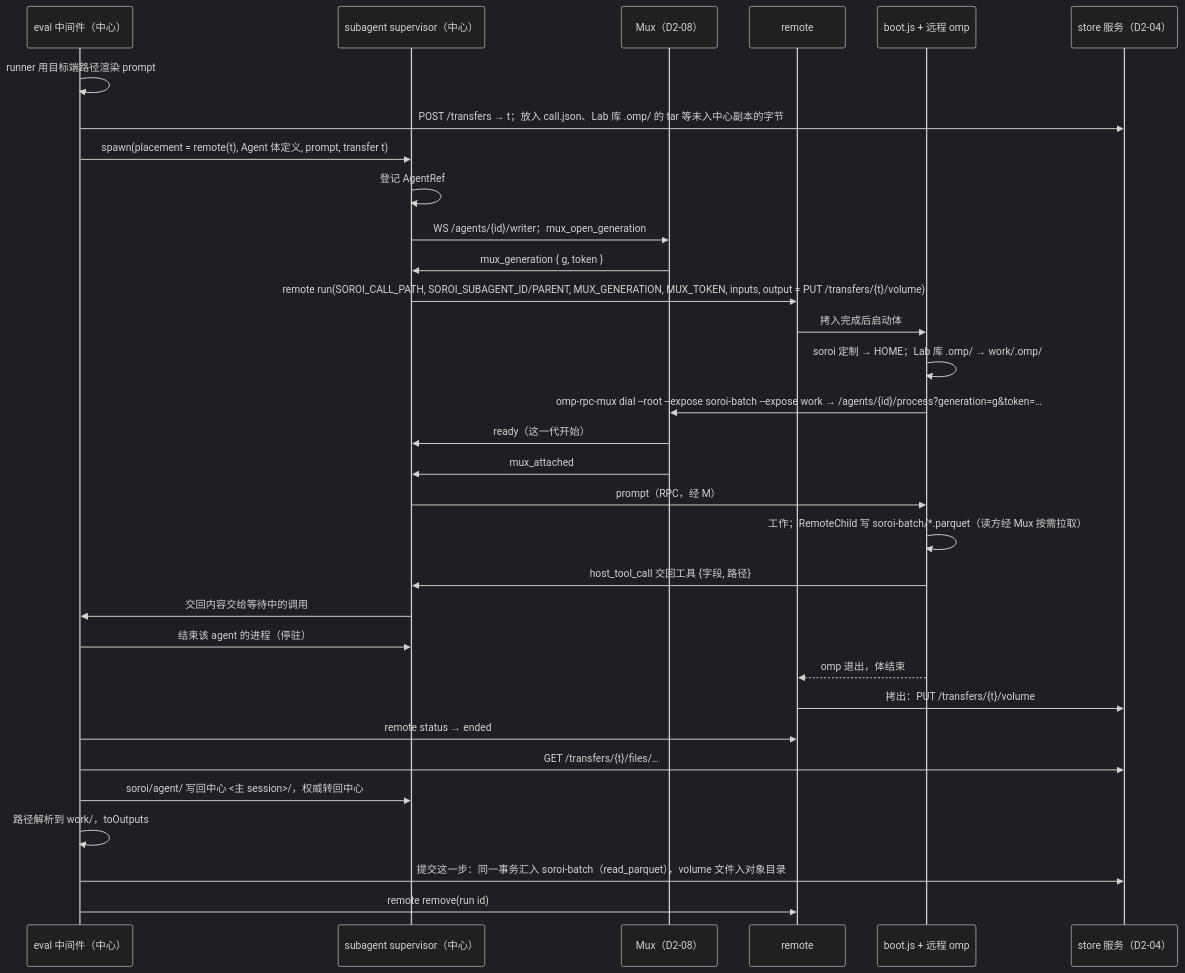
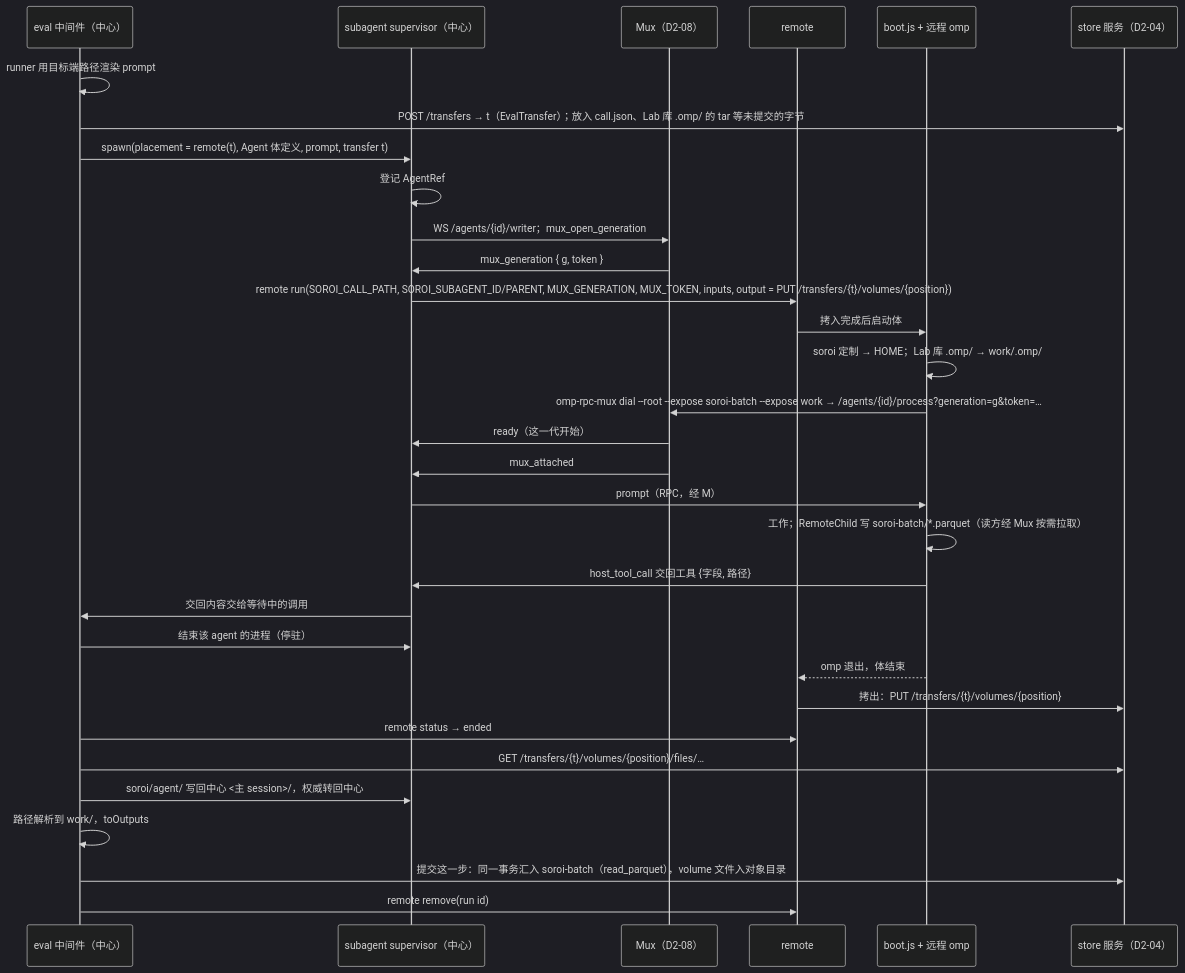
Before and after one commit to Pepgent/PM: the second of 2 diagrams in evidence/decisions/D4-remote-exec.md, drawn with Mermaid (dark theme). The commit also changed other lines of this file and 12 other files, not shown here.

````diff
--- a/evidence/decisions/D4-remote-exec.md
+++ b/evidence/decisions/D4-remote-exec.md
@@ -261,34 +276,34 @@
 ```mermaid
 sequenceDiagram
     participant E as eval 中间件（中心）
     participant P as subagent supervisor（中心）
     participant M as Mux（D2-08）
     participant R as remote
     participant B as boot.js + 远程 omp
     participant S as store 服务（D2-04）
     E->>E: runner 用目标端路径渲染 prompt
-    E->>S: POST /transfers → t；放入 call.json、Lab 库 .omp/ 的 tar 等未入中心副本的字节
+    E->>S: POST /transfers → t（EvalTransfer）；放入 call.json、Lab 库 .omp/ 的 tar 等未提交的字节
     E->>P: spawn(placement = remote(t), Agent 体定义, prompt, transfer t)
     P->>P: 登记 AgentRef
     P->>M: WS /agents/{id}/writer；mux_open_generation
     M->>P: mux_generation { g, token }
-    P->>R: remote run(SOROI_CALL_PATH, SOROI_SUBAGENT_ID/PARENT, MUX_GENERATION, MUX_TOKEN, inputs, output = PUT /transfers/{t}/volume)
+    P->>R: remote run(SOROI_CALL_PATH, SOROI_SUBAGENT_ID/PARENT, MUX_GENERATION, MUX_TOKEN, inputs, output = PUT /transfers/{t}/volumes/{position})
     R->>B: 拷入完成后启动体
     B->>B: soroi 定制 → HOME；Lab 库 .omp/ → work/.omp/
     B->>M: omp-rpc-mux dial --root --expose soroi-batch --expose work → /agents/{id}/process?generation=g&token=…
     M->>P: ready（这一代开始）
     M->>P: mux_attached
     P->>B: prompt（RPC，经 M）
     B->>B: 工作；RemoteChild 写 soroi-batch/*.parquet（读方经 Mux 按需拉取）
     B->>P: host_tool_call 交回工具 {字段, 路径}
     P->>E: 交回内容交给等待中的调用
     E->>P: 结束该 agent 的进程（停驻）
     B-->>R: omp 退出，体结束
-    R->>S: 拷出：PUT /transfers/{t}/volume
+    R->>S: 拷出：PUT /transfers/{t}/volumes/{position}
     E->>R: remote status → ended
-    E->>S: GET /transfers/{t}/files/…
+    E->>S: GET /transfers/{t}/volumes/{position}/files/…
     E->>P: soroi/agent/ 写回中心 <主 session>/，权威转回中心
     E->>E: 路径解析到 work/，toOutputs
     E->>S: 提交这一步：同一事务汇入 soroi-batch（read_parquet），volume 文件入对象目录
     E->>R: remote remove(run id)
 ```
````
